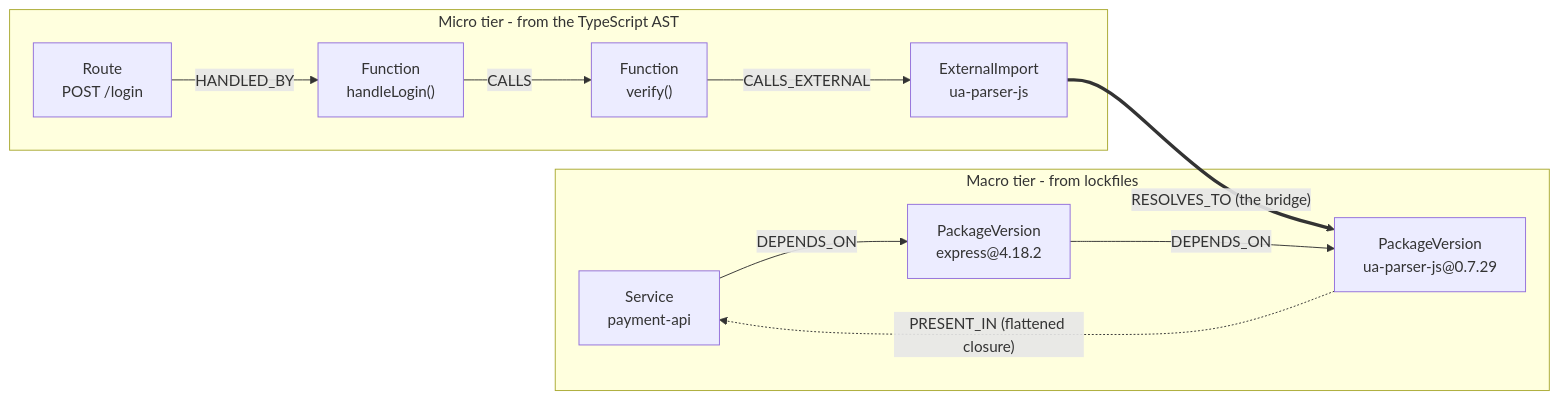
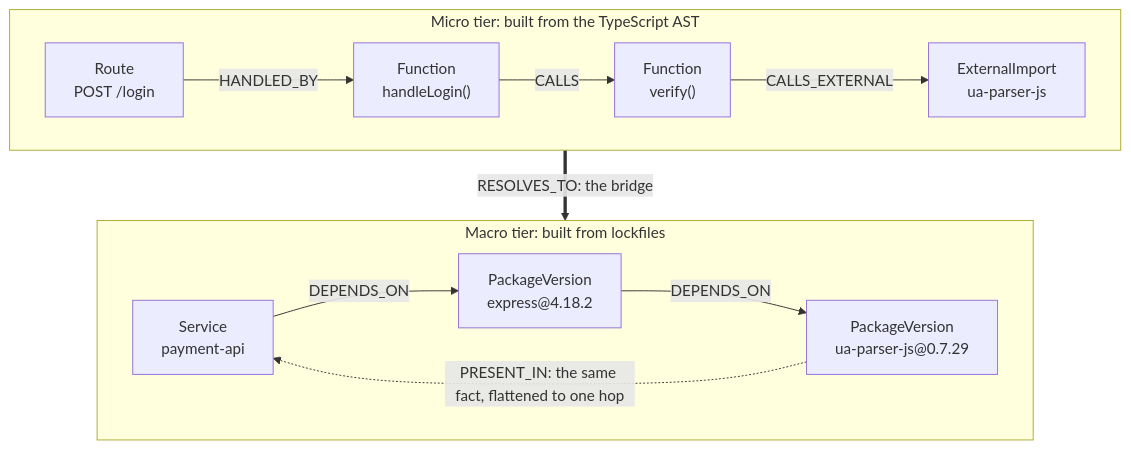
The first of 9 diagrams in README.md (SanthoshRaaj-KR/Nodus), drawn with Mermaid before and after one commit. The commit also changed other lines of this file, not shown here.

First line of the commit message:
Split the model diagram so it is legible at README width

````diff
--- a/README.md
+++ b/README.md
@@ -74,23 +74,18 @@
 ```mermaid
-flowchart LR
-    subgraph MACRO["Macro tier - from lockfiles"]
-        SVC["Service<br/>payment-api"]
-        PV1["PackageVersion<br/>express@4.18.2"]
-        PV2["PackageVersion<br/>ua-parser-js@0.7.29"]
-        SVC -->|DEPENDS_ON| PV1
-        PV1 -->|DEPENDS_ON| PV2
-        PV2 -.->|"PRESENT_IN (flattened closure)"| SVC
+flowchart TB
+    subgraph MICRO["Micro tier: built from the TypeScript AST"]
+        direction LR
+        RT["Route<br/>POST /login"] -->|HANDLED_BY| FN1["Function<br/>handleLogin()"]
+        FN1 -->|CALLS| FN2["Function<br/>verify()"]
+        FN2 -->|CALLS_EXTERNAL| IMP["ExternalImport<br/>ua-parser-js"]
     end
 
-    subgraph MICRO["Micro tier - from the TypeScript AST"]
-        RT["Route<br/>POST /login"]
-        FN1["Function<br/>handleLogin()"]
-        FN2["Function<br/>verify()"]
-        IMP["ExternalImport<br/>ua-parser-js"]
-        RT -->|HANDLED_BY| FN1
-        FN1 -->|CALLS| FN2
-        FN2 -->|CALLS_EXTERNAL| IMP
+    subgraph MACRO["Macro tier: built from lockfiles"]
+        direction LR
+        SVC["Service<br/>payment-api"] -->|DEPENDS_ON| PV1["PackageVersion<br/>express@4.18.2"]
+        PV1 -->|DEPENDS_ON| PV2["PackageVersion<br/>ua-parser-js@0.7.29"]
     end
 
-    IMP ==>|"RESOLVES_TO (the bridge)"| PV2
+    IMP ==>|"RESOLVES_TO: the bridge"| PV2
+    PV2 -.->|"PRESENT_IN: the same fact, flattened to one hop"| SVC
 ```
````
